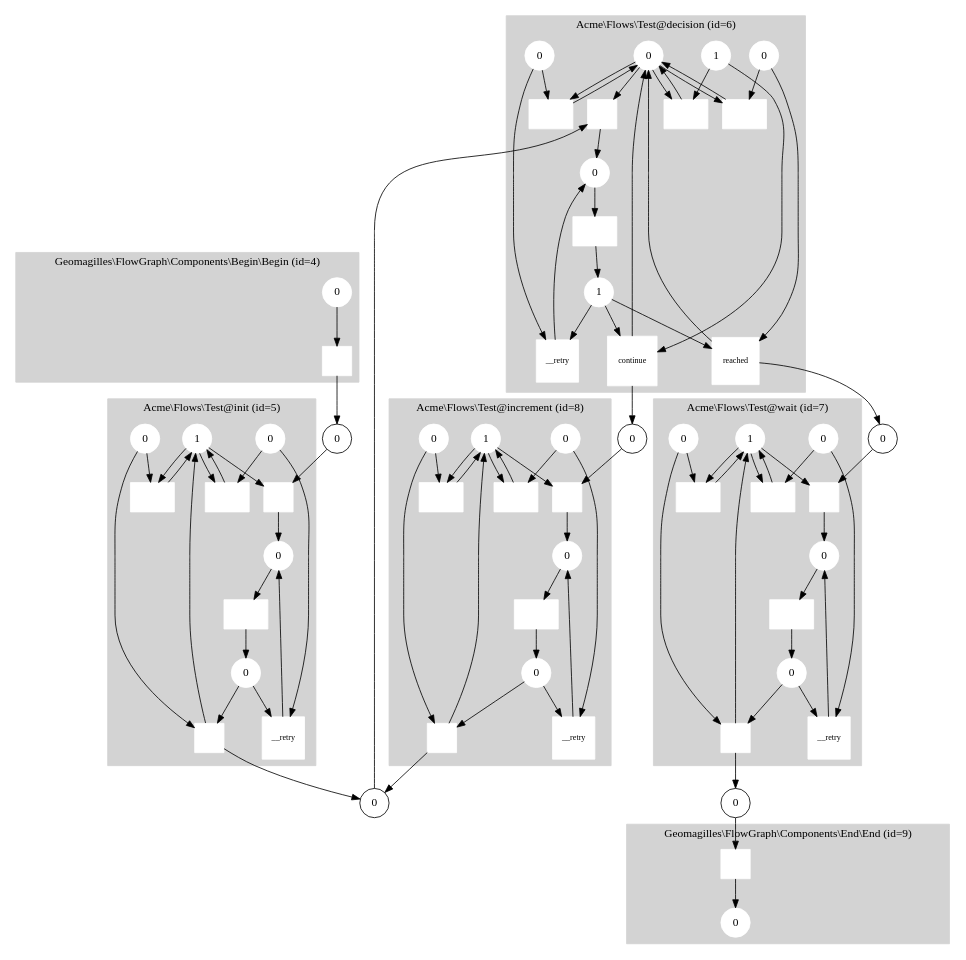
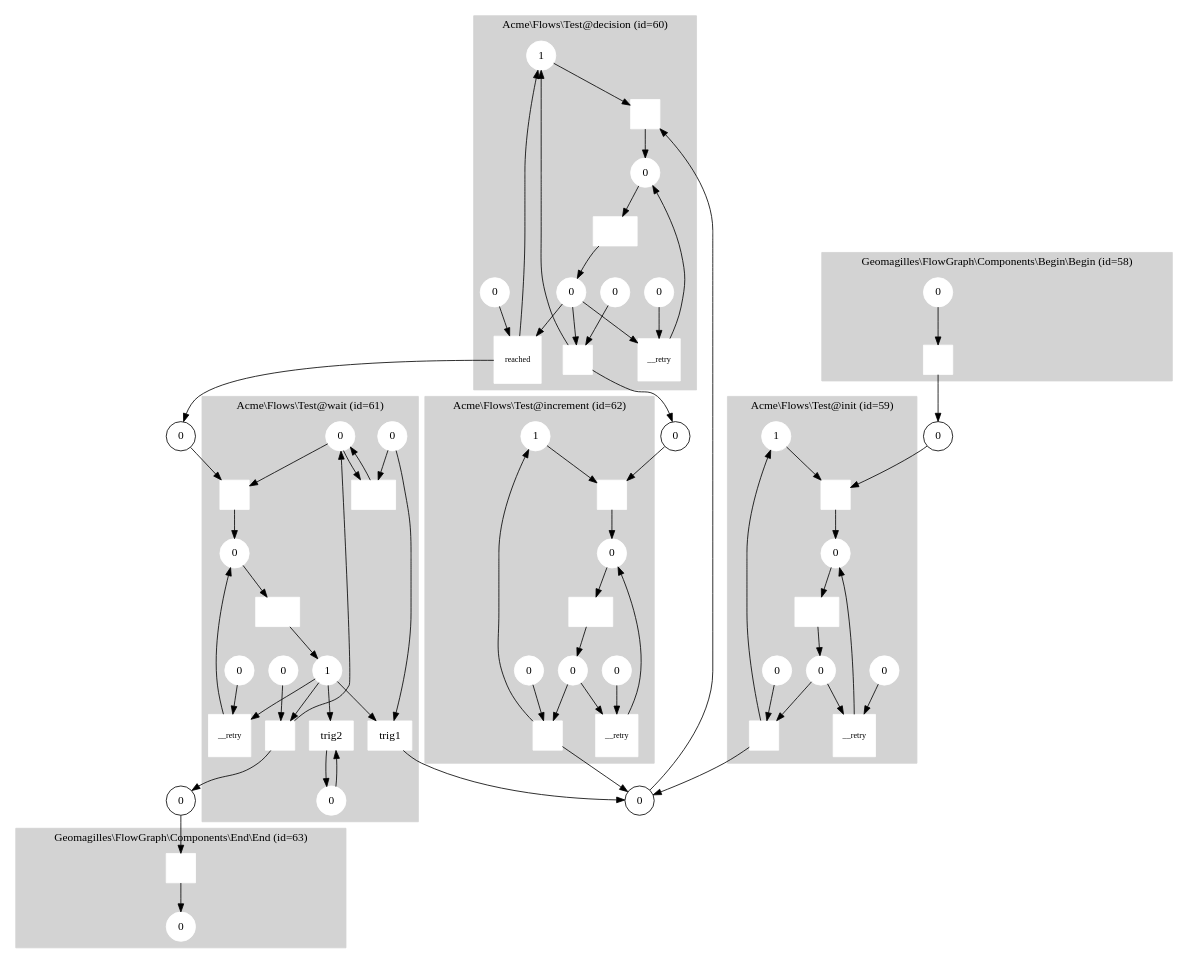
One commit to geomagilles/flowmanager-test changed the diagram in laravel/public/flow_petrigraph.dot. Above: the diagram before and after it, drawn with Graphviz. The commit also changed 6 other files, not shown here.

```diff
--- a/laravel/public/flow_petrigraph.dot
+++ b/laravel/public/flow_petrigraph.dot
@@ -1,183 +1,161 @@
-digraph 3 {
+digraph "57" {
 
-subgraph cluster_4 {
-  label = "Geomagilles\\FlowGraph\\Components\\Begin\\Begin (id=4)";
+subgraph cluster_58 {
+  label = "Geomagilles\\FlowGraph\\Components\\Begin\\Begin (id=58)";
   style = filled;
   color = lightgrey;
   node [style=filled,color=white];
-  id_53e00856c6983->id_53e00856bc76e;
+  id_53e55c5077fd1->id_53e55c50656c6;
 }
 
-subgraph cluster_5 {
-  label = "Acme\\Flows\\Test@init (id=5)";
+subgraph cluster_59 {
+  label = "Acme\\Flows\\Test@init (id=59)";
   style = filled;
   color = lightgrey;
   node [style=filled,color=white];
-  id_53e00856dda86->id_53e00856dd800;
-  id_53e00856dd800->id_53e00856dd92a;
-  id_53e00856dd92a->id_53e00856dd88e;
-  id_53e00856dd88e->id_53e00856dd9bd;
-  id_53e00856dd9bd->id_53e00856dd6d6;
-  id_53e00856dddd0->id_53e00856dd6d6;
-  id_53e00856dddd0->id_53e00856ddff3;
-  id_53e00856ddff3->id_53e00856dda86;
-  id_53e00856dda86->id_53e00856ddff3;
-  id_53e00856dd6d6->id_53e00856dd92a;
-  id_53e00856dd9bd->id_53e00856dd76f;
-  id_53e00856de327->id_53e00856dd76f;
-  id_53e00856de327->id_53e00856de5ee;
-  id_53e00856de5ee->id_53e00856dda86;
-  id_53e00856dda86->id_53e00856de5ee;
-  id_53e00856dd76f->id_53e00856dda86;
+  id_53e55c509e8c5->id_53e55c509e47f;
+  id_53e55c509e47f->id_53e55c509e788;
+  id_53e55c509e788->id_53e55c509e6e2;
+  id_53e55c509e6e2->id_53e55c509e82d;
+  id_53e55c509e82d->id_53e55c509e55f;
+  id_53e55c509ed27->id_53e55c509e55f;
+  id_53e55c509e55f->id_53e55c509e788;
+  id_53e55c509e82d->id_53e55c509e5f8;
+  id_53e55c509f027->id_53e55c509e5f8;
+  id_53e55c509e5f8->id_53e55c509e8c5;
 }
 
-subgraph cluster_6 {
-  label = "Acme\\Flows\\Test@decision (id=6)";
+subgraph cluster_60 {
+  label = "Acme\\Flows\\Test@decision (id=60)";
   style = filled;
   color = lightgrey;
   node [style=filled,color=white];
-  id_53e00856defe6->id_53e00856ded4e;
-  id_53e00856ded4e->id_53e00856deeb7;
-  id_53e00856deeb7->id_53e00856deddd;
-  id_53e00856deddd->id_53e00856def4f;
-  id_53e00856def4f->id_53e00856deb61;
-  id_53e00856df3c1->id_53e00856deb61;
-  id_53e00856df3c1->id_53e00856df5d7;
-  id_53e00856df5d7->id_53e00856defe6;
-  id_53e00856defe6->id_53e00856df5d7;
-  id_53e00856deb61->id_53e00856deeb7;
-  id_53e00856def4f->id_53e00856debf9;
-  id_53e00856df960->id_53e00856debf9;
-  id_53e00856df960->id_53e00856dfb25;
-  id_53e00856dfb25->id_53e00856defe6;
-  id_53e00856defe6->id_53e00856dfb25;
-  id_53e00856debf9->id_53e00856defe6;
-  id_53e00856def4f->id_53e00856decab;
-  id_53e00856dfeae->id_53e00856decab;
-  id_53e00856dfeae->id_53e00856e00a1;
-  id_53e00856e00a1->id_53e00856defe6;
-  id_53e00856defe6->id_53e00856e00a1;
-  id_53e00856decab->id_53e00856defe6;
+  id_53e55c509fecf->id_53e55c509f4fa;
+  id_53e55c509f4fa->id_53e55c509fcb1;
+  id_53e55c509fcb1->id_53e55c509fbac;
+  id_53e55c509fbac->id_53e55c509fde0;
+  id_53e55c509fde0->id_53e55c509f5e2;
+  id_53e55c50a0480->id_53e55c509f5e2;
+  id_53e55c509f5e2->id_53e55c509fcb1;
+  id_53e55c509fde0->id_53e55c509f9c3;
+  id_53e55c50a080c->id_53e55c509f9c3;
+  id_53e55c509f9c3->id_53e55c509fecf;
+  id_53e55c509fde0->id_53e55c509faaf;
+  id_53e55c50a0aeb->id_53e55c509faaf;
+  id_53e55c509faaf->id_53e55c509fecf;
 }
 
-subgraph cluster_7 {
-  label = "Acme\\Flows\\Test@wait (id=7)";
+subgraph cluster_61 {
+  label = "Acme\\Flows\\Test@wait (id=61)";
   style = filled;
   color = lightgrey;
   node [style=filled,color=white];
-  id_53e00856e09e3->id_53e00856e06db;
-  id_53e00856e06db->id_53e00856e0851;
-  id_53e00856e0851->id_53e00856e0770;
-  id_53e00856e0770->id_53e00856e093c;
-  id_53e00856e093c->id_53e00856e05d9;
-  id_53e00856e0d37->id_53e00856e05d9;
-  id_53e00856e0d37->id_53e00856e0f66;
-  id_53e00856e0f66->id_53e00856e09e3;
-  id_53e00856e09e3->id_53e00856e0f66;
-  id_53e00856e05d9->id_53e00856e0851;
-  id_53e00856e093c->id_53e00856e0659;
-  id_53e00856e1224->id_53e00856e0659;
-  id_53e00856e1224->id_53e00856e143d;
-  id_53e00856e143d->id_53e00856e09e3;
-  id_53e00856e09e3->id_53e00856e143d;
-  id_53e00856e0659->id_53e00856e09e3;
+  id_53e55c50ad728->id_53e55c50acf4c;
+  id_53e55c50acf4c->id_53e55c50ad5be;
+  id_53e55c50ad5be->id_53e55c50ad4fd;
+  id_53e55c50ad4fd->id_53e55c50ad681;
+  id_53e55c50ad681->id_53e55c50ad019;
+  id_53e55c50adb65->id_53e55c50ad019;
+  id_53e55c50ad019->id_53e55c50ad5be;
+  id_53e55c50ad681->id_53e55c50ad445;
+  id_53e55c50ade22->id_53e55c50ad445;
+  id_53e55c50ad445->id_53e55c50ad728;
+  id_53e55c50ad681->id_53e55c50ae1c9;
+  id_53e55c50ae43c->id_53e55c50ae1c9;
+  id_53e55c50ae43c->id_53e55c50ae604;
+  id_53e55c50ae604->id_53e55c50ad728;
+  id_53e55c50ad728->id_53e55c50ae604;
+  id_53e55c50ad681->id_53e55c50ae26d;
+  id_53e55c50aea49->id_53e55c50ae26d;
+  id_53e55c50ae26d->id_53e55c50aea49;
 }
 
-subgraph cluster_8 {
-  label = "Acme\\Flows\\Test@increment (id=8)";
+subgraph cluster_62 {
+  label = "Acme\\Flows\\Test@increment (id=62)";
   style = filled;
   color = lightgrey;
   node [style=filled,color=white];
-  id_53e00856e1ca8->id_53e00856e1a49;
-  id_53e00856e1a49->id_53e00856e1b79;
-  id_53e00856e1b79->id_53e00856e1adb;
-  id_53e00856e1adb->id_53e00856e1c1a;
-  id_53e00856e1c1a->id_53e00856e1915;
-  id_53e00856e1f93->id_53e00856e1915;
-  id_53e00856e1f93->id_53e00856e216d;
-  id_53e00856e216d->id_53e00856e1ca8;
-  id_53e00856e1ca8->id_53e00856e216d;
-  id_53e00856e1915->id_53e00856e1b79;
-  id_53e00856e1c1a->id_53e00856e19b4;
-  id_53e00856e244e->id_53e00856e19b4;
-  id_53e00856e244e->id_53e00856e2622;
-  id_53e00856e2622->id_53e00856e1ca8;
-  id_53e00856e1ca8->id_53e00856e2622;
-  id_53e00856e19b4->id_53e00856e1ca8;
+  id_53e55c50af59e->id_53e55c50aef75;
+  id_53e55c50aef75->id_53e55c50af3ce;
+  id_53e55c50af3ce->id_53e55c50af229;
+  id_53e55c50af229->id_53e55c50af4c0;
+  id_53e55c50af4c0->id_53e55c50af071;
+  id_53e55c50afd37->id_53e55c50af071;
+  id_53e55c50af071->id_53e55c50af3ce;
+  id_53e55c50af4c0->id_53e55c50af15d;
+  id_53e55c50b0023->id_53e55c50af15d;
+  id_53e55c50af15d->id_53e55c50af59e;
 }
 
-subgraph cluster_9 {
-  label = "Geomagilles\\FlowGraph\\Components\\End\\End (id=9)";
+subgraph cluster_63 {
+  label = "Geomagilles\\FlowGraph\\Components\\End\\End (id=63)";
   style = filled;
   color = lightgrey;
   node [style=filled,color=white];
-  id_53e00856e41ef->id_53e00856e42c7;
+  id_53e55c50b43f5->id_53e55c50b44da;
 }
-id_53e00856c6983 [label="0",shape="circle"];
-id_53e00856dd92a [label="0",shape="circle"];
-id_53e00856dd9bd [label="0",shape="circle"];
-id_53e00856dda86 [label="1",shape="circle"];
-id_53e00856dddd0 [label="0",shape="circle"];
-id_53e00856de327 [label="0",shape="circle"];
-id_53e00856de9e1 [label="0",shape="circle"];
-id_53e00856deeb7 [label="0",shape="circle"];
-id_53e00856def4f [label="1",shape="circle"];
-id_53e00856defe6 [label="0",shape="circle"];
-id_53e00856df3c1 [label="0",shape="circle"];
-id_53e00856df960 [label="1",shape="circle"];
-id_53e00856dfeae [label="0",shape="circle"];
-id_53e00856e044c [label="0",shape="circle"];
-id_53e00856e0851 [label="0",shape="circle"];
-id_53e00856e093c [label="0",shape="circle"];
-id_53e00856e09e3 [label="1",shape="circle"];
-id_53e00856e0d37 [label="0",shape="circle"];
-id_53e00856e1224 [label="0",shape="circle"];
-id_53e00856e1800 [label="0",shape="circle"];
-id_53e00856e1b79 [label="0",shape="circle"];
-id_53e00856e1c1a [label="0",shape="circle"];
-id_53e00856e1ca8 [label="1",shape="circle"];
-id_53e00856e1f93 [label="0",shape="circle"];
-id_53e00856e244e [label="0",shape="circle"];
-id_53e00856e29d3 [label="0",shape="circle"];
-id_53e00856e42c7 [label="0",shape="circle"];
-id_53e00856e4456 [label="0",shape="circle"];
-id_53e00856bc76e [label="",shape=square, fontsize=10];
-id_53e00856dd6d6 [label="__retry",shape=square, fontsize=10];
-id_53e00856dd76f [label="",shape=square, fontsize=10];
-id_53e00856dd800 [label="",shape=square, fontsize=10];
-id_53e00856dd88e [label="",shape=box];
-id_53e00856ddff3 [label="",shape=box];
-id_53e00856de5ee [label="",shape=box];
-id_53e00856deb61 [label="__retry",shape=square, fontsize=10];
-id_53e00856debf9 [label="continue",shape=square, fontsize=10];
-id_53e00856decab [label="reached",shape=square, fontsize=10];
-id_53e00856ded4e [label="",shape=square, fontsize=10];
-id_53e00856deddd [label="",shape=box];
-id_53e00856df5d7 [label="",shape=box];
-id_53e00856dfb25 [label="",shape=box];
-id_53e00856e00a1 [label="",shape=box];
-id_53e00856e05d9 [label="__retry",shape=square, fontsize=10];
-id_53e00856e0659 [label="",shape=square, fontsize=10];
-id_53e00856e06db [label="",shape=square, fontsize=10];
-id_53e00856e0770 [label="",shape=box];
-id_53e00856e0f66 [label="",shape=box];
-id_53e00856e143d [label="",shape=box];
-id_53e00856e1915 [label="__retry",shape=square, fontsize=10];
-id_53e00856e19b4 [label="",shape=square, fontsize=10];
-id_53e00856e1a49 [label="",shape=square, fontsize=10];
-id_53e00856e1adb [label="",shape=box];
-id_53e00856e216d [label="",shape=box];
-id_53e00856e2622 [label="",shape=box];
-id_53e00856e41ef [label="",shape=square, fontsize=10];
-id_53e00856de9e1->id_53e00856dd800;
-id_53e00856e044c->id_53e00856ded4e;
-id_53e00856e1800->id_53e00856e06db;
-id_53e00856e29d3->id_53e00856e1a49;
-id_53e00856e4456->id_53e00856e41ef;
-id_53e00856bc76e->id_53e00856de9e1;
-id_53e00856dd76f->id_53e00856e044c;
-id_53e00856debf9->id_53e00856e29d3;
-id_53e00856decab->id_53e00856e1800;
-id_53e00856e0659->id_53e00856e4456;
-id_53e00856e19b4->id_53e00856e044c;
+id_53e55c5077fd1 [label="0",shape="circle"];
+id_53e55c509e788 [label="0",shape="circle"];
+id_53e55c509e82d [label="0",shape="circle"];
+id_53e55c509e8c5 [label="1",shape="circle"];
+id_53e55c509ed27 [label="0",shape="circle"];
+id_53e55c509f027 [label="0",shape="circle"];
+id_53e55c509f2de [label="0",shape="circle"];
+id_53e55c509fcb1 [label="0",shape="circle"];
+id_53e55c509fde0 [label="0",shape="circle"];
+id_53e55c509fecf [label="1",shape="circle"];
+id_53e55c50a0480 [label="0",shape="circle"];
+id_53e55c50a080c [label="0",shape="circle"];
+id_53e55c50a0aeb [label="0",shape="circle"];
+id_53e55c50a0edb [label="0",shape="circle"];
+id_53e55c50ad5be [label="0",shape="circle"];
+id_53e55c50ad681 [label="1",shape="circle"];
+id_53e55c50ad728 [label="0",shape="circle"];
+id_53e55c50adb65 [label="0",shape="circle"];
+id_53e55c50ade22 [label="0",shape="circle"];
+id_53e55c50ae43c [label="0",shape="circle"];
+id_53e55c50aea49 [label="0",shape="circle"];
+id_53e55c50aed6a [label="0",shape="circle"];
+id_53e55c50af3ce [label="0",shape="circle"];
+id_53e55c50af4c0 [label="0",shape="circle"];
+id_53e55c50af59e [label="1",shape="circle"];
+id_53e55c50afd37 [label="0",shape="circle"];
+id_53e55c50b0023 [label="0",shape="circle"];
+id_53e55c50b0416 [label="0",shape="circle"];
+id_53e55c50b44da [label="0",shape="circle"];
+id_53e55c50b466c [label="0",shape="circle"];
+id_53e55c50656c6 [label="",shape=square, fontsize=10];
+id_53e55c509e47f [label="",shape=square, fontsize=10];
+id_53e55c509e55f [label="__retry",shape=square, fontsize=10];
+id_53e55c509e5f8 [label="",shape=square, fontsize=10];
+id_53e55c509e6e2 [label="",shape=box];
+id_53e55c509f4fa [label="",shape=square, fontsize=10];
+id_53e55c509f5e2 [label="__retry",shape=square, fontsize=10];
+id_53e55c509f9c3 [label="",shape=square, fontsize=10];
+id_53e55c509faaf [label="reached",shape=square, fontsize=10];
+id_53e55c509fbac [label="",shape=box];
+id_53e55c50acf4c [label="",shape=square, fontsize=10];
+id_53e55c50ad019 [label="__retry",shape=square, fontsize=10];
+id_53e55c50ad445 [label="",shape=square, fontsize=10];
+id_53e55c50ad4fd [label="",shape=box];
+id_53e55c50ae1c9 [label="trig1",shape=box];
+id_53e55c50ae26d [label="trig2",shape=box];
+id_53e55c50ae604 [label="",shape=box];
+id_53e55c50aef75 [label="",shape=square, fontsize=10];
+id_53e55c50af071 [label="__retry",shape=square, fontsize=10];
+id_53e55c50af15d [label="",shape=square, fontsize=10];
+id_53e55c50af229 [label="",shape=box];
+id_53e55c50b43f5 [label="",shape=square, fontsize=10];
+id_53e55c509f2de->id_53e55c509e47f;
+id_53e55c50a0edb->id_53e55c509f4fa;
+id_53e55c50aed6a->id_53e55c50acf4c;
+id_53e55c50b0416->id_53e55c50aef75;
+id_53e55c50b466c->id_53e55c50b43f5;
+id_53e55c50656c6->id_53e55c509f2de;
+id_53e55c509e5f8->id_53e55c50a0edb;
+id_53e55c509f9c3->id_53e55c50b0416;
+id_53e55c509faaf->id_53e55c50aed6a;
+id_53e55c50ad445->id_53e55c50b466c;
+id_53e55c50ae1c9->id_53e55c50a0edb;
+id_53e55c50af15d->id_53e55c50a0edb;
 }
```
